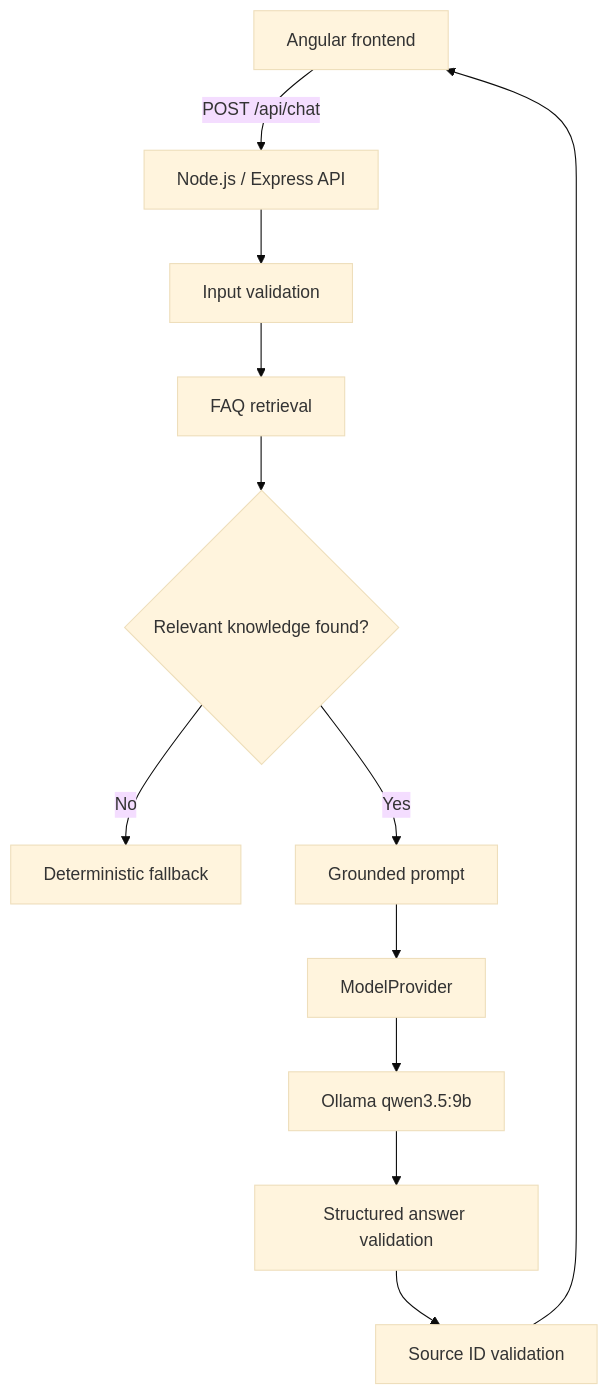
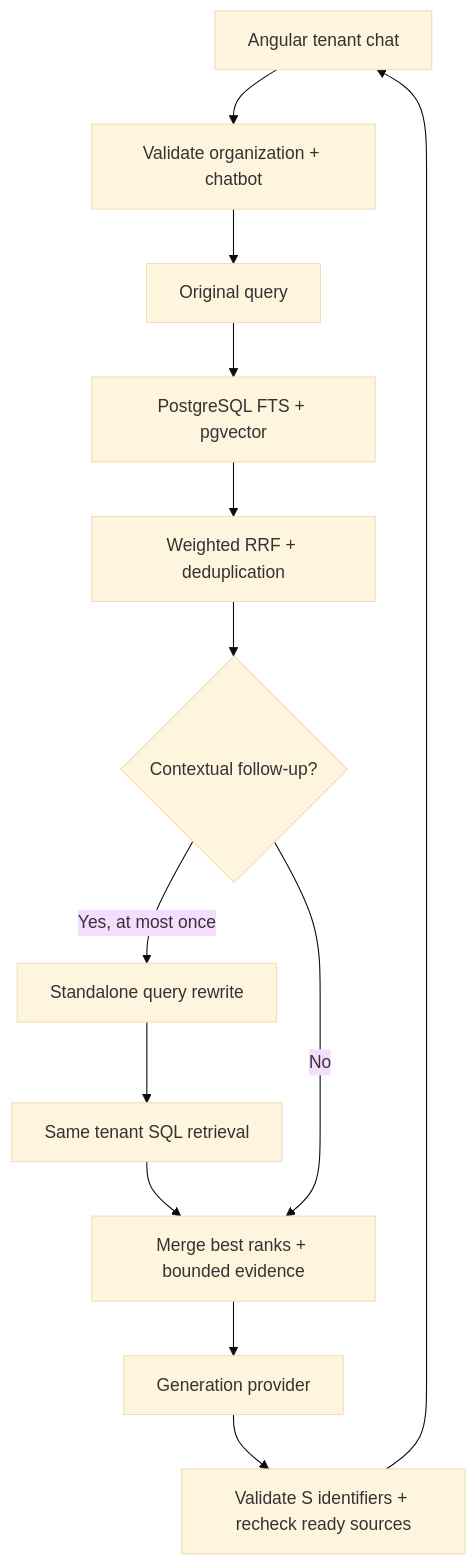
The diagram in README.md (Rishi1259/north-orbital-faq-assistant), drawn with Mermaid (base theme) before and after one commit. The commit also changed other lines of this file and 76 other files, not shown here.

````diff
--- a/README.md
+++ b/README.md
@@ -25,14 +25,15 @@
 ```mermaid
 flowchart TD
-    A[Angular frontend] -->|POST /api/chat| B[Node.js / Express API]
-    B --> C[Input validation]
-    C --> D[FAQ retrieval]
-    D --> E{Relevant knowledge found?}
-    E -->|No| F[Deterministic fallback]
-    E -->|Yes| G[Grounded prompt]
-    G --> H[ModelProvider]
-    H --> I[Ollama qwen3.5:9b]
-    I --> J[Structured answer validation]
-    J --> K[Source ID validation]
+    A[Angular tenant chat] --> B[Validate organization + chatbot]
+    B --> C[Original query]
+    C --> D[PostgreSQL FTS + pgvector]
+    D --> E[Weighted RRF + deduplication]
+    E --> F{Contextual follow-up?}
+    F -->|Yes, at most once| G[Standalone query rewrite]
+    G --> H[Same tenant SQL retrieval]
+    H --> I[Merge best ranks + bounded evidence]
+    F -->|No| I
+    I --> J[Generation provider]
+    J --> K[Validate S identifiers + recheck ready sources]
     K --> A
 ```
````
